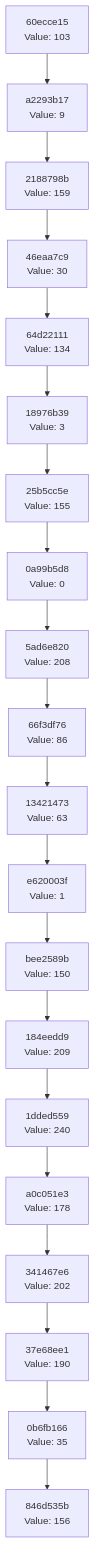
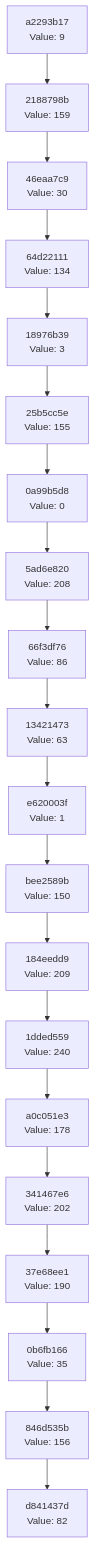
One commit to Abhisheksinha1506/hash-chain-evolver changed the diagram in docs/CHAIN_VISUALIZATION.md. Above: the diagram before and after it, drawn with Mermaid. The commit also changed 2 other files, not shown here.

Commit message:
Evolution step: hash 0x52 → action executed

````diff
--- a/docs/CHAIN_VISUALIZATION.md
+++ b/docs/CHAIN_VISUALIZATION.md
@@ -3,42 +3,42 @@
 ```mermaid
 graph TD
-    C0["846d535b<br/>Value: 156"]
-    C1["0b6fb166<br/>Value: 35"]
+    C0["d841437d<br/>Value: 82"]
+    C1["846d535b<br/>Value: 156"]
     C1 --> C0
-    C2["37e68ee1<br/>Value: 190"]
+    C2["0b6fb166<br/>Value: 35"]
     C2 --> C1
-    C3["341467e6<br/>Value: 202"]
+    C3["37e68ee1<br/>Value: 190"]
     C3 --> C2
-    C4["a0c051e3<br/>Value: 178"]
+    C4["341467e6<br/>Value: 202"]
     C4 --> C3
-    C5["1dded559<br/>Value: 240"]
+    C5["a0c051e3<br/>Value: 178"]
     C5 --> C4
-    C6["184eedd9<br/>Value: 209"]
+    C6["1dded559<br/>Value: 240"]
     C6 --> C5
-    C7["bee2589b<br/>Value: 150"]
+    C7["184eedd9<br/>Value: 209"]
     C7 --> C6
-    C8["e620003f<br/>Value: 1"]
+    C8["bee2589b<br/>Value: 150"]
     C8 --> C7
-    C9["13421473<br/>Value: 63"]
+    C9["e620003f<br/>Value: 1"]
     C9 --> C8
-    C10["66f3df76<br/>Value: 86"]
+    C10["13421473<br/>Value: 63"]
     C10 --> C9
-    C11["5ad6e820<br/>Value: 208"]
+    C11["66f3df76<br/>Value: 86"]
     C11 --> C10
-    C12["0a99b5d8<br/>Value: 0"]
+    C12["5ad6e820<br/>Value: 208"]
     C12 --> C11
-    C13["25b5cc5e<br/>Value: 155"]
+    C13["0a99b5d8<br/>Value: 0"]
     C13 --> C12
-    C14["18976b39<br/>Value: 3"]
+    C14["25b5cc5e<br/>Value: 155"]
     C14 --> C13
-    C15["64d22111<br/>Value: 134"]
+    C15["18976b39<br/>Value: 3"]
     C15 --> C14
-    C16["46eaa7c9<br/>Value: 30"]
+    C16["64d22111<br/>Value: 134"]
     C16 --> C15
-    C17["2188798b<br/>Value: 159"]
+    C17["46eaa7c9<br/>Value: 30"]
     C17 --> C16
-    C18["a2293b17<br/>Value: 9"]
+    C18["2188798b<br/>Value: 159"]
     C18 --> C17
-    C19["60ecce15<br/>Value: 103"]
+    C19["a2293b17<br/>Value: 9"]
     C19 --> C18
 ```
````
